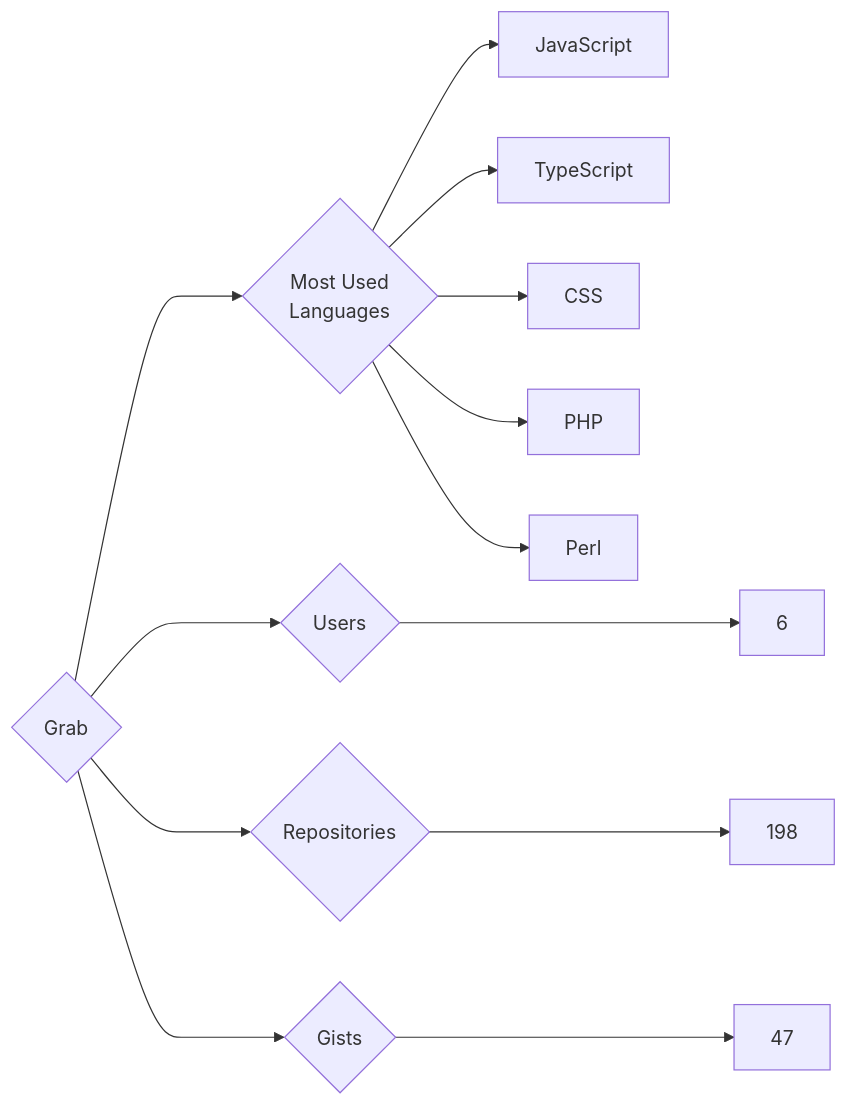
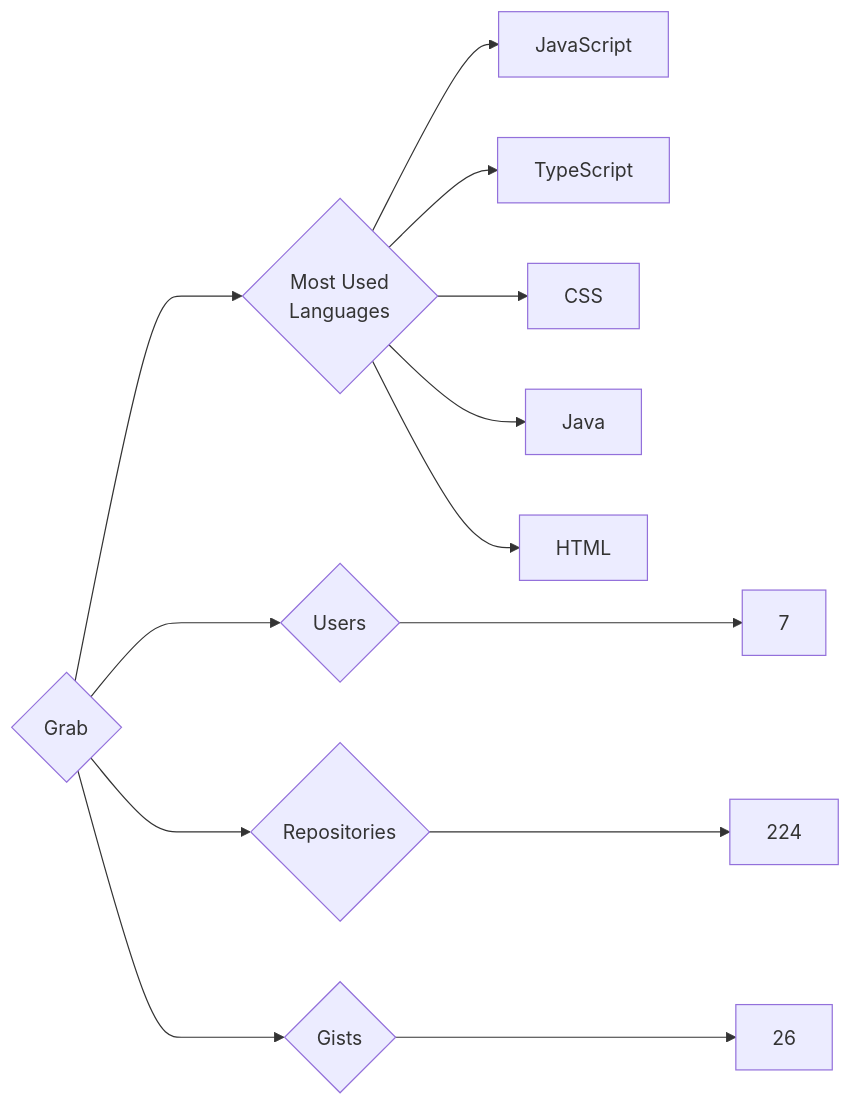
Before and after one commit to trickest/insiders: the diagram in targets/Grab/README.md, drawn with Mermaid. The commit also changed 912 other files, not shown here.

````diff
--- a/targets/Grab/README.md
+++ b/targets/Grab/README.md
@@ -3,13 +3,13 @@
 ```mermaid
 graph LR
 COMPANY_NAME{Grab}
-COMPANY_NAME ---> U{Users} ---> UN[6]
-COMPANY_NAME ---> R{Repositories} ---> RN[198]
-COMPANY_NAME ---> G{Gists} ---> GN[47]
+COMPANY_NAME ---> U{Users} ---> UN[7]
+COMPANY_NAME ---> R{Repositories} ---> RN[224]
+COMPANY_NAME ---> G{Gists} ---> GN[26]
 COMPANY_NAME ---> ML{Most Used<br>Languages}
 ML --> JavaScript[JavaScript]
 ML --> TypeScript[TypeScript]
 ML --> CSS[CSS]
-ML --> PHP[PHP]
-ML --> Perl[Perl]
+ML --> Java[Java]
+ML --> HTML[HTML]
 ```
````
